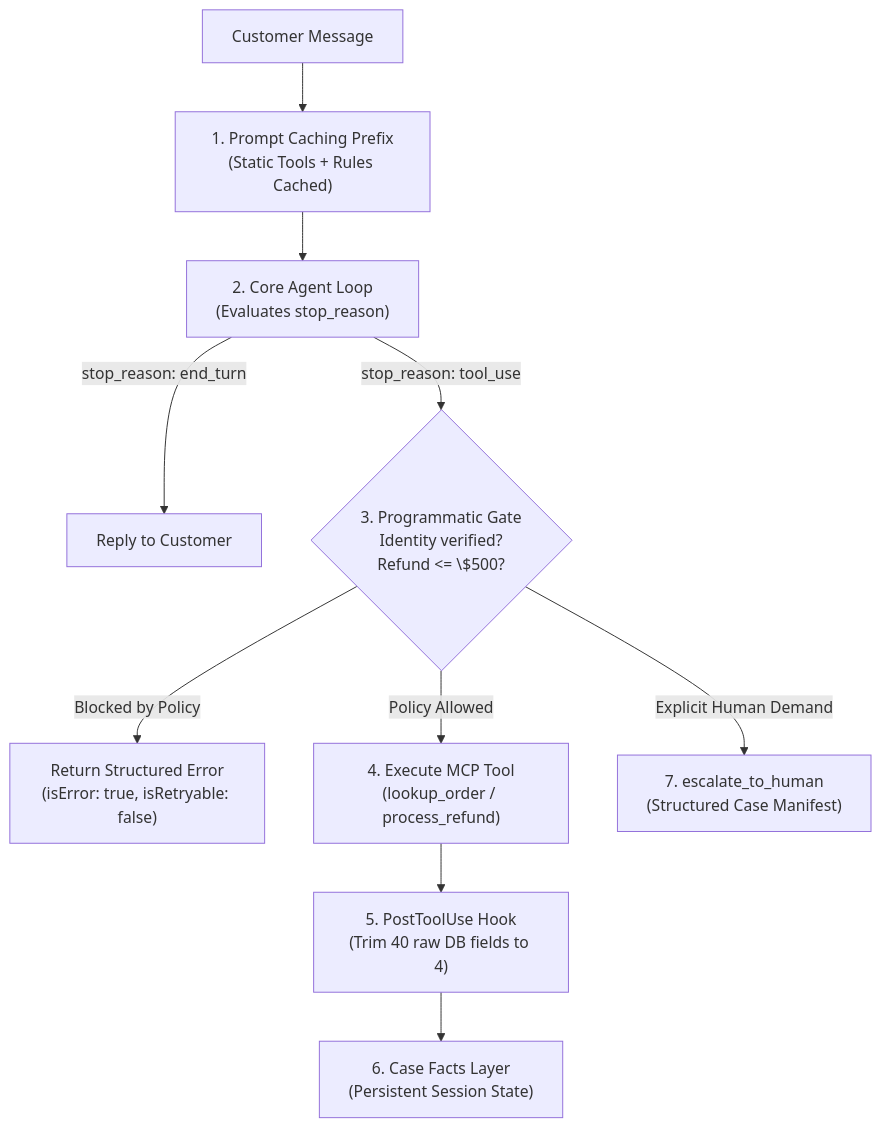
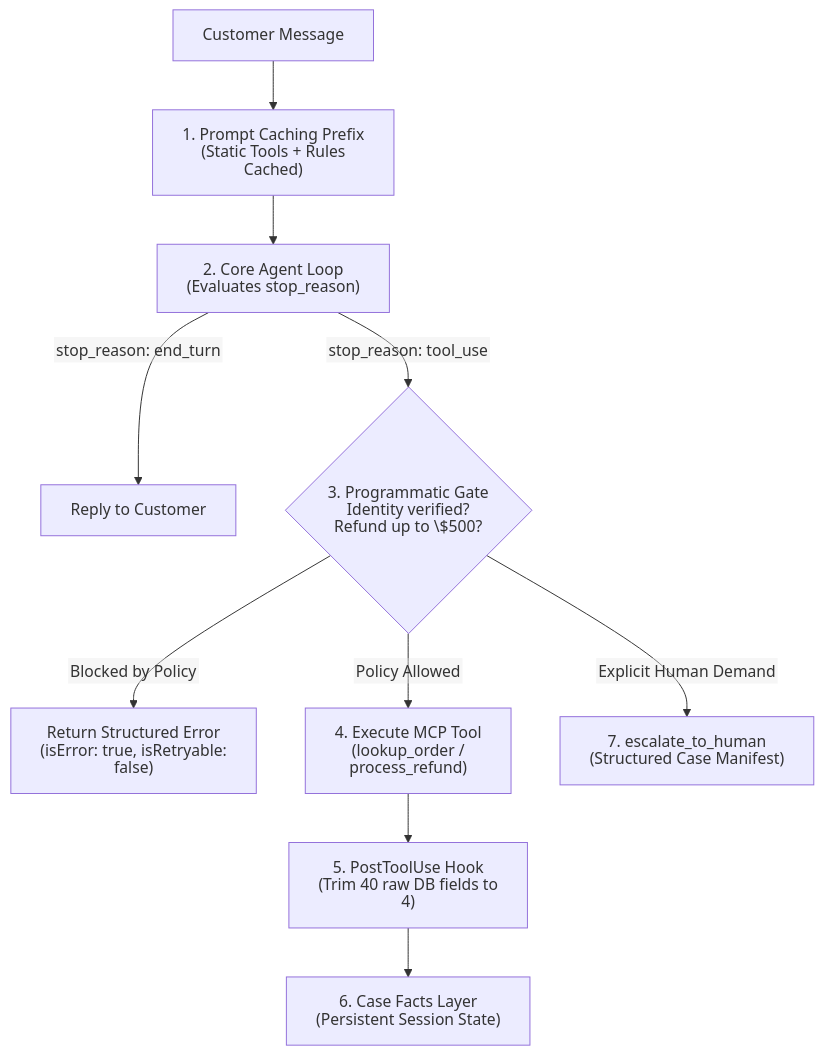
Before and after one commit to dip4k/claude_cert_architect_foundation_prep: the first of 2 diagrams in scenarios/scenario_1_customer_support/SCENARIO_GUIDE.md, drawn with Mermaid. The commit also changed other lines of this file and 88 other files, not shown here.

First line of the commit message:
fix(mermaid): standardize GitHub Mermaid rendering across repo

````diff
--- a/scenarios/scenario_1_customer_support/SCENARIO_GUIDE.md
+++ b/scenarios/scenario_1_customer_support/SCENARIO_GUIDE.md
@@ -20,15 +20,19 @@
 ```mermaid
+---
+config:
+  htmlLabels: false
+---
 flowchart TD
     User["Customer Message"] --> Cache["1. Prompt Caching Prefix<br>(Static Tools + Rules Cached)"]
     Cache --> Loop["2. Core Agent Loop<br>(Evaluates stop_reason)"]
 
     Loop -->|"stop_reason: end_turn"| Reply["Reply to Customer"]
-    Loop -->|"stop_reason: tool_use"| Gate{"3. Programmatic Gate<br>Identity verified?<br>Refund <= \$500?"}
+    Loop -->|"stop_reason: tool_use"| Gate{"3. Programmatic Gate<br>Identity verified?<br>Refund up to \$500?"}
 
     Gate -->|"Blocked by Policy"| Err["Return Structured Error<br>(isError: true, isRetryable: false)"]
     Gate -->|"Policy Allowed"| Exec["4. Execute MCP Tool<br>(lookup_order / process_refund)"]
     Gate -->|"Explicit Human Demand"| Escalate["7. escalate_to_human<br>(Structured Case Manifest)"]
 
     Exec --> Trim["5. PostToolUse Hook<br>(Trim 40 raw DB fields to 4)"]
     Trim --> Facts["6. Case Facts Layer<br>(Persistent Session State)"]
 ```
````
